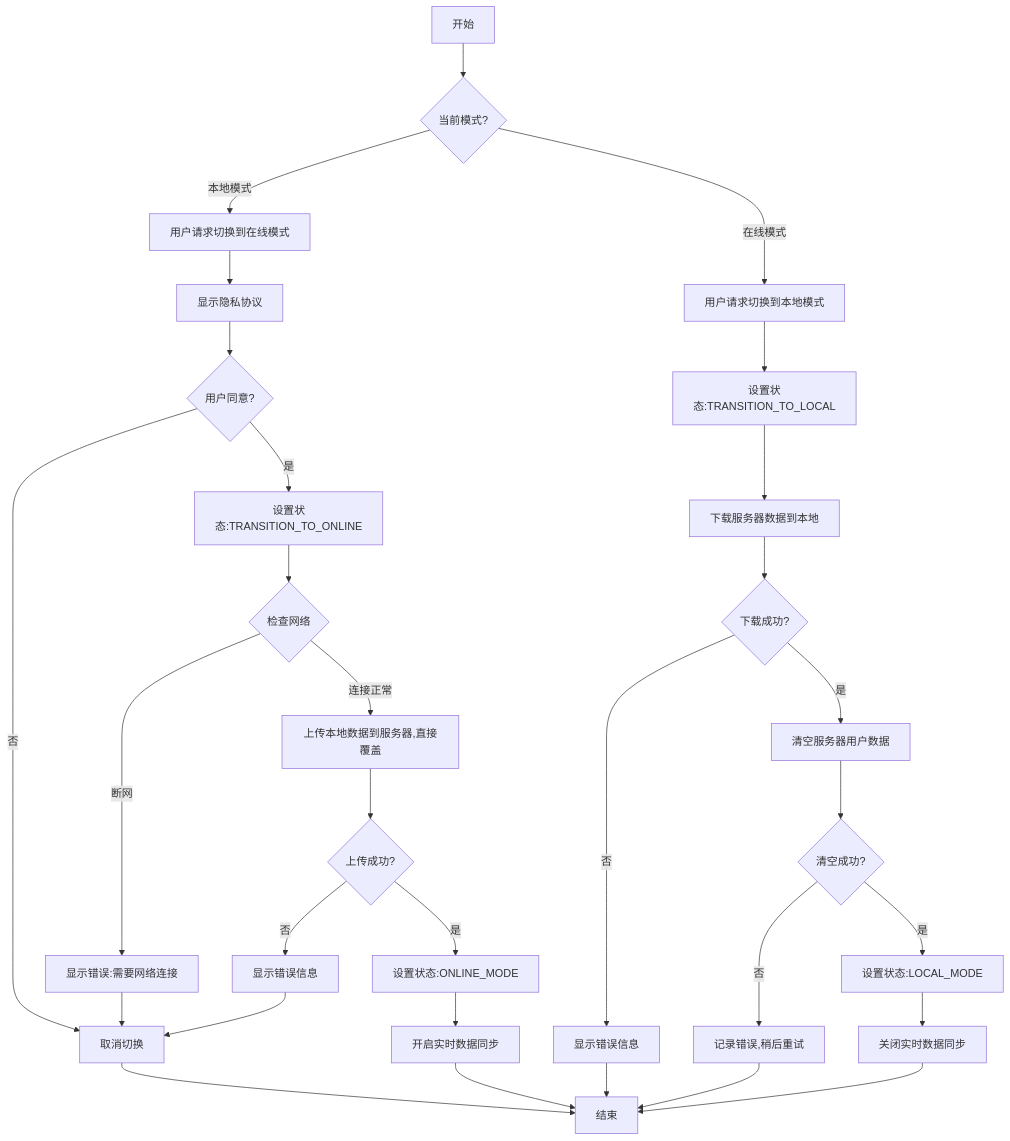
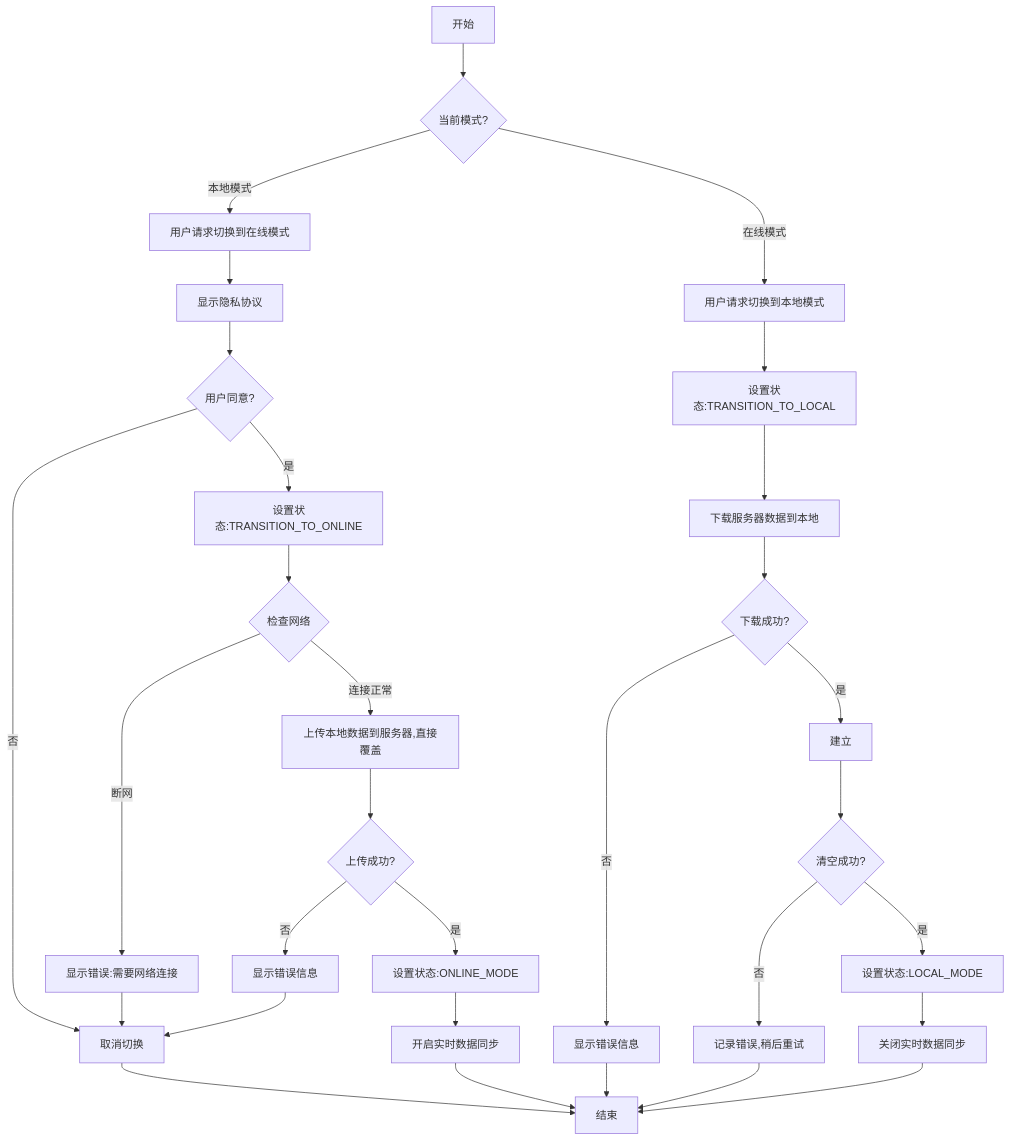
One commit to yingjianzh/iodraw-files changed the diagram in all/未命名-50.md. Above: the diagram before and after it, drawn with Mermaid.

Commit message:
2025-05-08 16:12:42 update

````diff
--- a/all/未命名-50.md
+++ b/all/未命名-50.md
@@ -1,37 +1,37 @@
 ```mermaid
 
 flowchart TD
     A[开始] --> B{当前模式?}
     
     B -->|本地模式| C[用户请求切换到在线模式]
     C --> F[显示隐私协议]
     F --> G{用户同意?}
     G -->|否| H[取消切换]
     H --> Z[结束]
     G -->|是| I[设置状态:TRANSITION_TO_ONLINE]
     I --> J{检查网络}
     J -->|断网| K[显示错误:需要网络连接]
     K --> H
     J -->|连接正常| O[上传本地数据到服务器,直接覆盖]
     O --> P{上传成功?}
     P -->|否| Q[显示错误信息]
     Q --> H
     P -->|是| R[设置状态:ONLINE_MODE]
     R --> S[开启实时数据同步]
     S --> Z
     
     B -->|在线模式| T[用户请求切换到本地模式]
     T --> U[设置状态:TRANSITION_TO_LOCAL]
-    U -->  X[下载服务器数据到本地]
+    U --> X[下载服务器数据到本地]
     X --> Y{下载成功?}
     Y -->|否| AA2[显示错误信息]
     AA2 --> Z
-    Y -->|是| AB2[清空服务器用户数据]
+    Y -->|是| AB2[建立]
     AB2 --> AC2{清空成功?}
     AC2 -->|否| AD2[记录错误,稍后重试]
     AD2 --> Z
     AC2 -->|是| AE[设置状态:LOCAL_MODE]
     AE --> AF[关闭实时数据同步]
     AF --> Z
 
 ```
````
